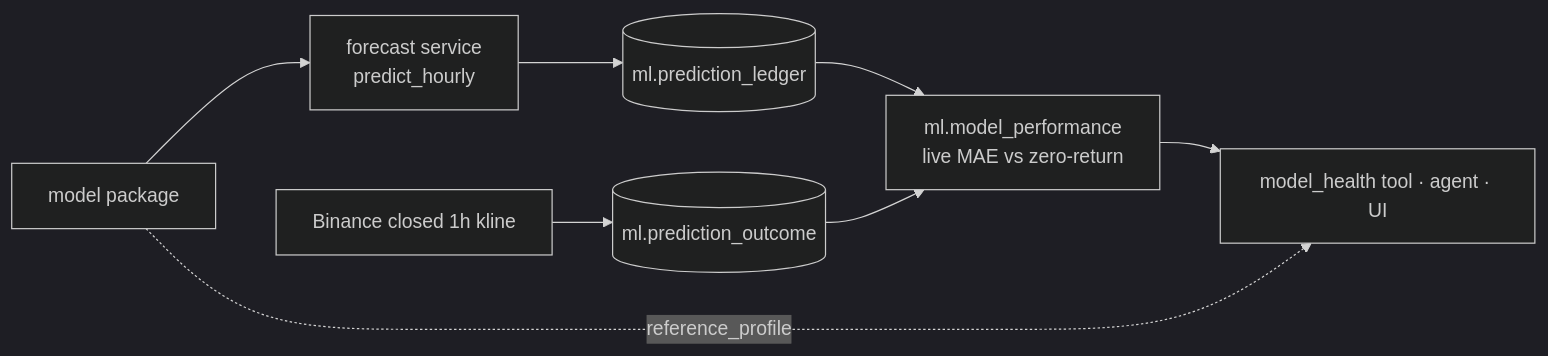
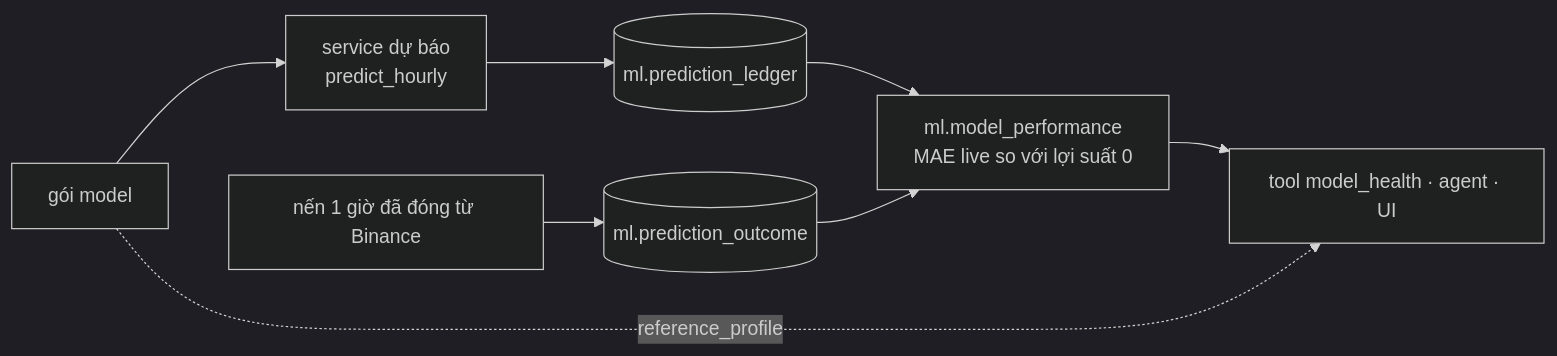
One commit to caoTayTang/CoinSight changed the diagram in docs/model_integration.md. Above: the diagram before and after it, drawn with Mermaid (dark theme). The commit also changed other lines of this file and 28 other files, not shown here.

````diff
--- a/docs/model_integration.md
+++ b/docs/model_integration.md
@@ -83,10 +80,10 @@
 ```mermaid
 flowchart LR
-  P[model package] --> S[forecast service<br/>predict_hourly]
+  P[gói model] --> S[service dự báo<br/>predict_hourly]
   S --> L[(ml.prediction_ledger)]
-  B[Binance closed 1h kline] --> O[(ml.prediction_outcome)]
-  L --> V[ml.model_performance<br/>live MAE vs zero-return]
+  B[nến 1 giờ đã đóng từ Binance] --> O[(ml.prediction_outcome)]
+  L --> V[ml.model_performance<br/>MAE live so với lợi suất 0]
   O --> V
-  V --> H[model_health tool · agent · UI]
+  V --> H[tool model_health · agent · UI]
   P -. reference_profile .-> H
 ```
````
